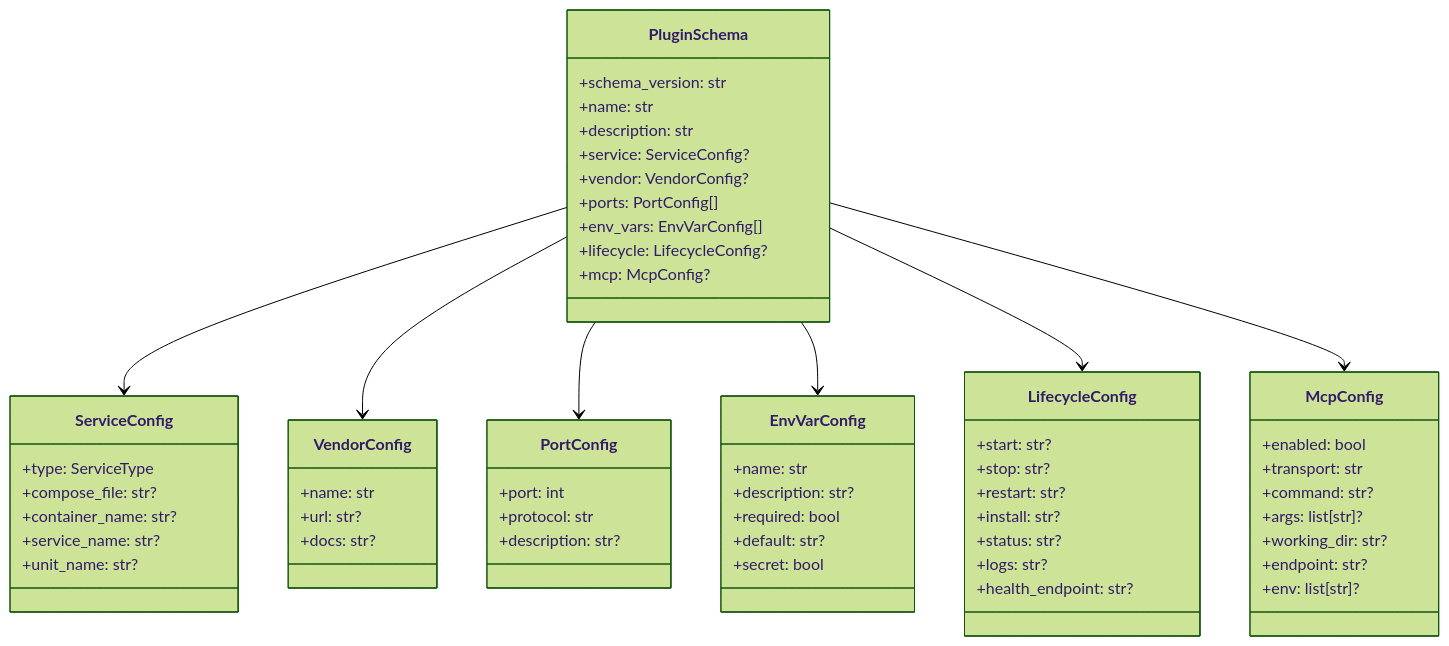
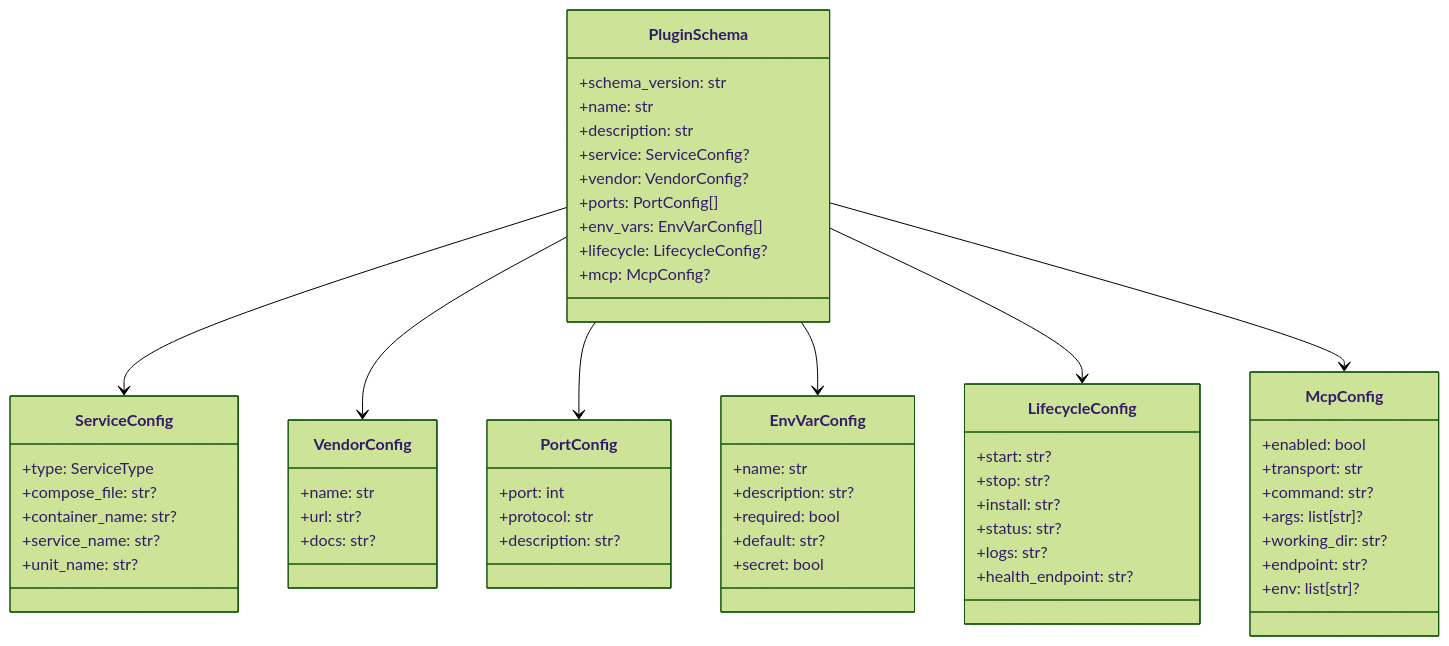
The diagram in docs/specs/plugin-schema.md (Svtoo/atk), drawn with Mermaid (forest theme) before and after one commit. The commit also changed other lines of this file and 4 other files, not shown here.

````diff
--- a/docs/specs/plugin-schema.md
+++ b/docs/specs/plugin-schema.md
@@ -45,69 +45,68 @@
 ```mermaid
 classDiagram
     class PluginSchema {
         +schema_version: str
         +name: str
         +description: str
         +service: ServiceConfig?
         +vendor: VendorConfig?
         +ports: PortConfig[]
         +env_vars: EnvVarConfig[]
         +lifecycle: LifecycleConfig?
         +mcp: McpConfig?
     }
     
     class ServiceConfig {
         +type: ServiceType
         +compose_file: str?
         +container_name: str?
         +service_name: str?
         +unit_name: str?
     }
     
     class VendorConfig {
         +name: str
         +url: str?
         +docs: str?
     }
     
     class PortConfig {
         +port: int
         +protocol: str
         +description: str?
     }
     
     class EnvVarConfig {
         +name: str
         +description: str?
         +required: bool
         +default: str?
         +secret: bool
     }
     
     class LifecycleConfig {
         +start: str?
         +stop: str?
-        +restart: str?
         +install: str?
         +status: str?
         +logs: str?
         +health_endpoint: str?
     }
     
     class McpConfig {
         +enabled: bool
         +transport: str
         +command: str?
         +args: list[str]?
         +working_dir: str?
         +endpoint: str?
         +env: list[str]?
     }
     
     PluginSchema --> ServiceConfig
     PluginSchema --> VendorConfig
     PluginSchema --> PortConfig
     PluginSchema --> EnvVarConfig
     PluginSchema --> LifecycleConfig
     PluginSchema --> McpConfig
 ```
````
